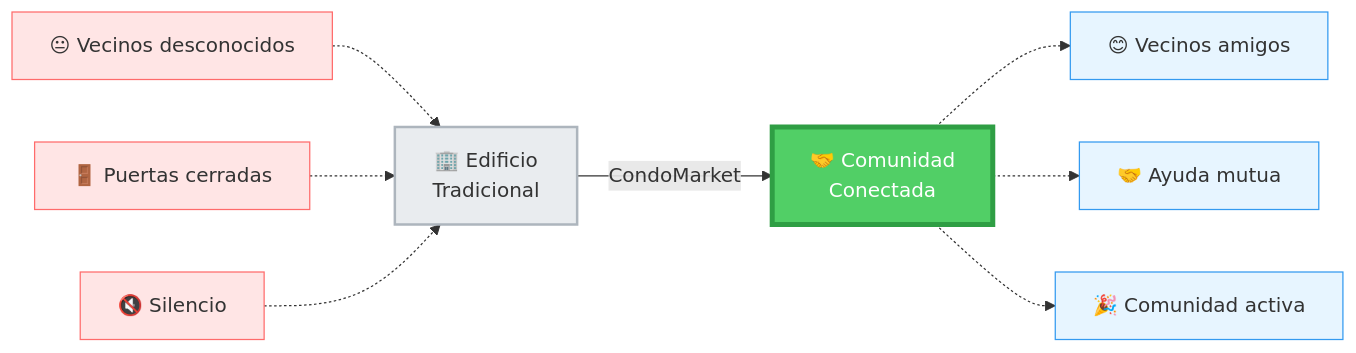
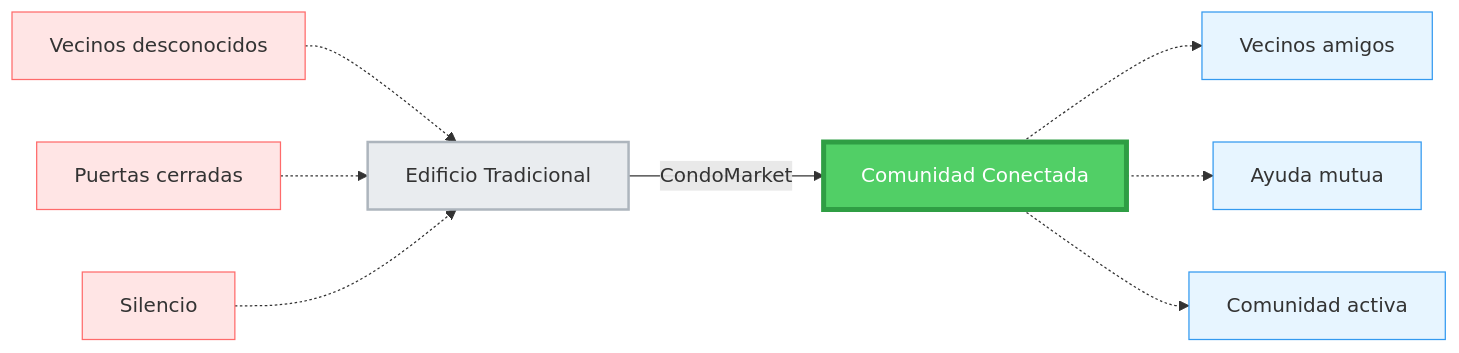
One commit to softv2ware/condomarket.api changed diagram 24 of 25 in app.spanish.md. Above: the diagram before and after it, drawn with Mermaid. The commit also changed other lines of this file, not shown here.

````diff
--- a/app.spanish.md
+++ b/app.spanish.md
@@ -1072,21 +1082,21 @@
 ```mermaid
 graph LR
-    A[🏢 Edificio<br/>Tradicional] -->|CondoMarket| B[🤝 Comunidad<br/>Conectada]
+    A[Edificio Tradicional] -->|CondoMarket| B[Comunidad Conectada]
     
-    A1[😐 Vecinos desconocidos] -.-> A
-    A2[🚪 Puertas cerradas] -.-> A
-    A3[🔇 Silencio] -.-> A
+    A1[Vecinos desconocidos] -.-> A
+    A2[Puertas cerradas] -.-> A
+    A3[Silencio] -.-> A
     
-    B -.-> B1[😊 Vecinos amigos]
-    B -.-> B2[🤝 Ayuda mutua]
-    B -.-> B3[🎉 Comunidad activa]
+    B -.-> B1[Vecinos amigos]
+    B -.-> B2[Ayuda mutua]
+    B -.-> B3[Comunidad activa]
     
     style A fill:#E9ECEF,stroke:#ADB5BD,stroke-width:2px
     style B fill:#51CF66,stroke:#2F9E44,stroke-width:4px,color:#fff
     style A1 fill:#FFE5E5,stroke:#FF6B6B,stroke-width:1px
     style A2 fill:#FFE5E5,stroke:#FF6B6B,stroke-width:1px
     style A3 fill:#FFE5E5,stroke:#FF6B6B,stroke-width:1px
     style B1 fill:#E7F5FF,stroke:#339AF0,stroke-width:1px
     style B2 fill:#E7F5FF,stroke:#339AF0,stroke-width:1px
     style B3 fill:#E7F5FF,stroke:#339AF0,stroke-width:1px
 ```
````
